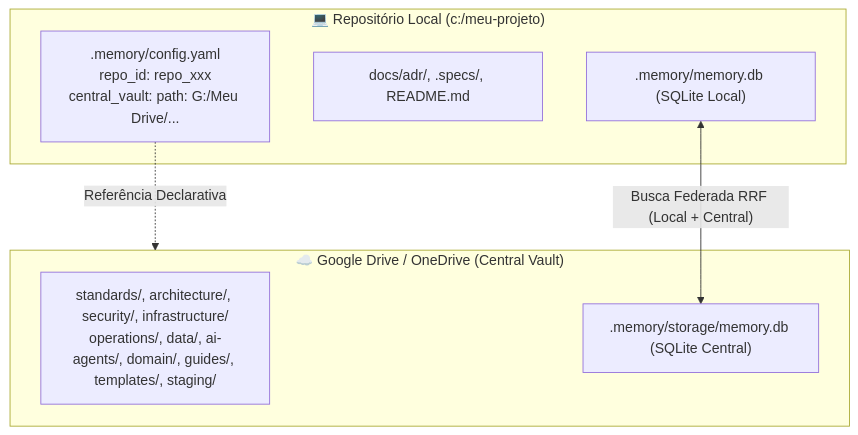
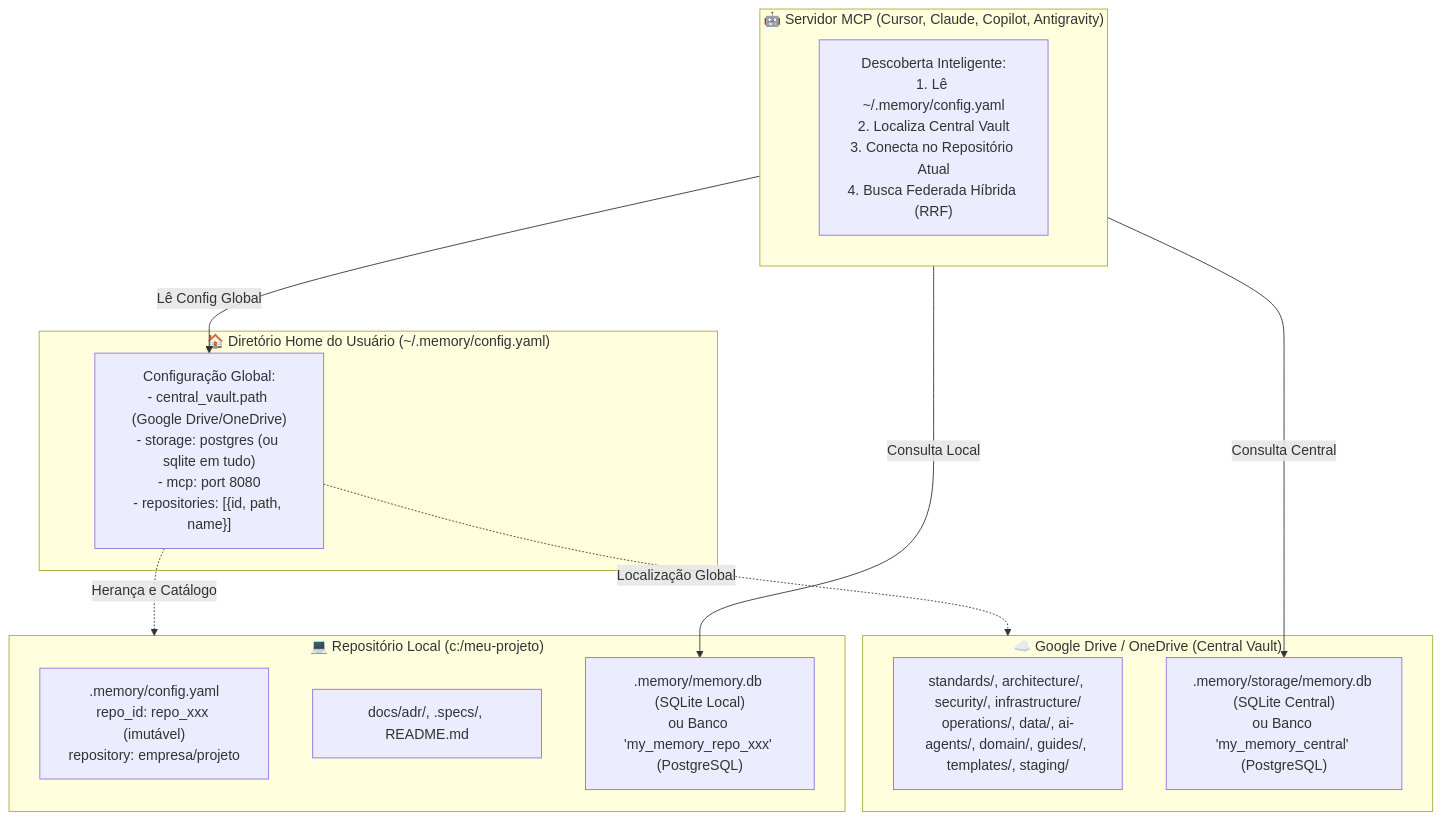
One commit to FelipeMiiller/my-memory changed the diagram in docs/adr/033-federated-central-vault-and-repo-identity.md. Above: the diagram before and after it, drawn with Mermaid. The commit also changed other lines of this file and 4 other files, not shown here.

````diff
--- a/docs/adr/033-federated-central-vault-and-repo-identity.md
+++ b/docs/adr/033-federated-central-vault-and-repo-identity.md
@@ -39,16 +40,27 @@
 ```mermaid
 graph TD
+    subgraph UserHome["🏠 Diretório Home do Usuário (~/.memory/config.yaml)"]
+        GC_Config["Configuração Global:\n- central_vault.path (Google Drive/OneDrive)\n- storage: postgres (ou sqlite em tudo)\n- mcp: port 8080\n- repositories: [{id, path, name}]"]
+    end
+
     subgraph CentralStorage["☁️ Google Drive / OneDrive (Central Vault)"]
         CV_Dirs["standards/, architecture/, security/, infrastructure/\noperations/, data/, ai-agents/, domain/, guides/, templates/, staging/"]
-        CV_DB[".memory/storage/memory.db (SQLite Central)"]
+        CV_DB[".memory/storage/memory.db (SQLite Central)\nou Banco 'my_memory_central' (PostgreSQL)"]
     end
 
     subgraph ProjectRepo["💻 Repositório Local (c:/meu-projeto)"]
-        PR_Config[".memory/config.yaml\nrepo_id: repo_xxx\ncentral_vault: path: G:/Meu Drive/..."]
+        PR_Config[".memory/config.yaml\nrepo_id: repo_xxx (imutável)\nrepository: empresa/projeto"]
         PR_Docs["docs/adr/, .specs/, README.md"]
-        PR_DB[".memory/memory.db (SQLite Local)"]
+        PR_DB[".memory/memory.db (SQLite Local)\nou Banco 'my_memory_repo_xxx' (PostgreSQL)"]
     end
 
-    PR_Config -.->|"Referência Declarativa"| CentralStorage
-    PR_DB <-->|"Busca Federada RRF (Local + Central)"| CV_DB
+    subgraph MCPServer["🤖 Servidor MCP (Cursor, Claude, Copilot, Antigravity)"]
+        MCP_Core["Descoberta Inteligente:\n1. Lê ~/.memory/config.yaml\n2. Localiza Central Vault\n3. Conecta no Repositório Atual\n4. Busca Federada Híbrida (RRF)"]
+    end
+
+    GC_Config -.->|"Herança e Catálogo"| ProjectRepo
+    GC_Config -.->|"Localização Global"| CentralStorage
+    MCPServer -->|"Lê Config Global"| GC_Config
+    MCPServer -->|"Consulta Local"| PR_DB
+    MCPServer -->|"Consulta Central"| CV_DB
 ```
````
